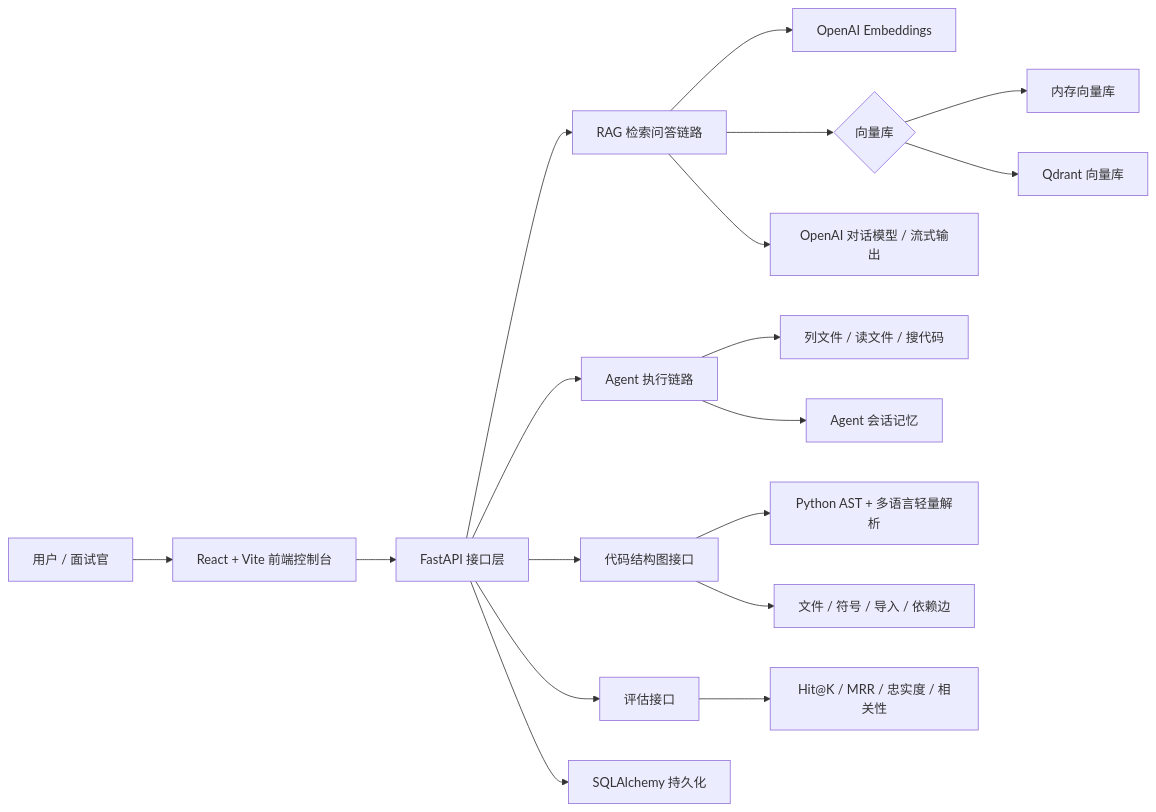
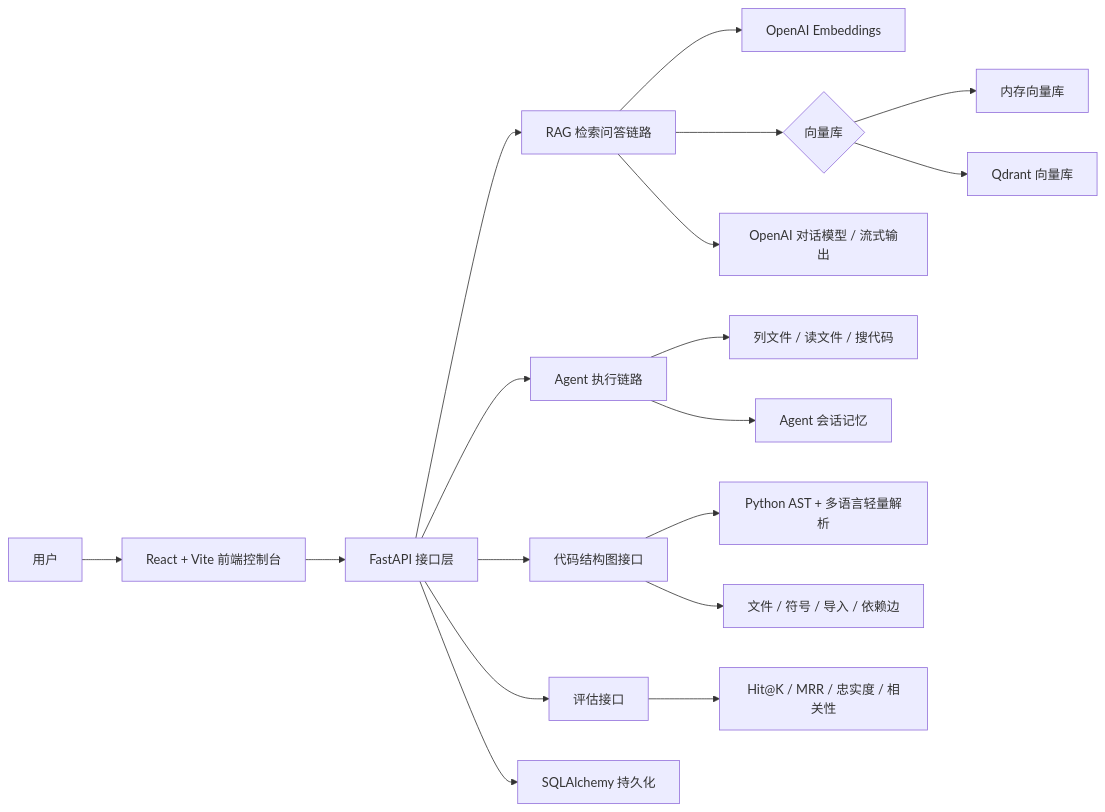
One commit to Wjb-1233/codebase-agent-v1 changed the first of 4 diagrams in docs/architecture.md. Above: the diagram before and after it, drawn with Mermaid. The commit also changed 22 other files, not shown here.

````diff
--- a/docs/architecture.md
+++ b/docs/architecture.md
@@ -5,20 +5,20 @@
 ```mermaid
 flowchart LR
-    U["用户 / 面试官"] --> FE["React + Vite 前端控制台"]
+    U["用户"] --> FE["React + Vite 前端控制台"]
     FE --> API["FastAPI 接口层"]
     API --> RAG["RAG 检索问答链路"]
     API --> AG["Agent 执行链路"]
     API --> CG["代码结构图接口"]
     API --> EV["评估接口"]
     API --> DB["SQLAlchemy 持久化"]
     RAG --> EMB["OpenAI Embeddings"]
     RAG --> VS{"向量库"}
     VS --> MEM["内存向量库"]
     VS --> QD["Qdrant 向量库"]
     RAG --> LLM["OpenAI 对话模型 / 流式输出"]
     AG --> TOOLS["列文件 / 读文件 / 搜代码"]
     AG --> AM["Agent 会话记忆"]
     CG --> AST["Python AST + 多语言轻量解析"]
     CG --> STRUCT["文件 / 符号 / 导入 / 依赖边"]
     EV --> METRICS["Hit@K / MRR / 忠实度 / 相关性"]
 ```
````
